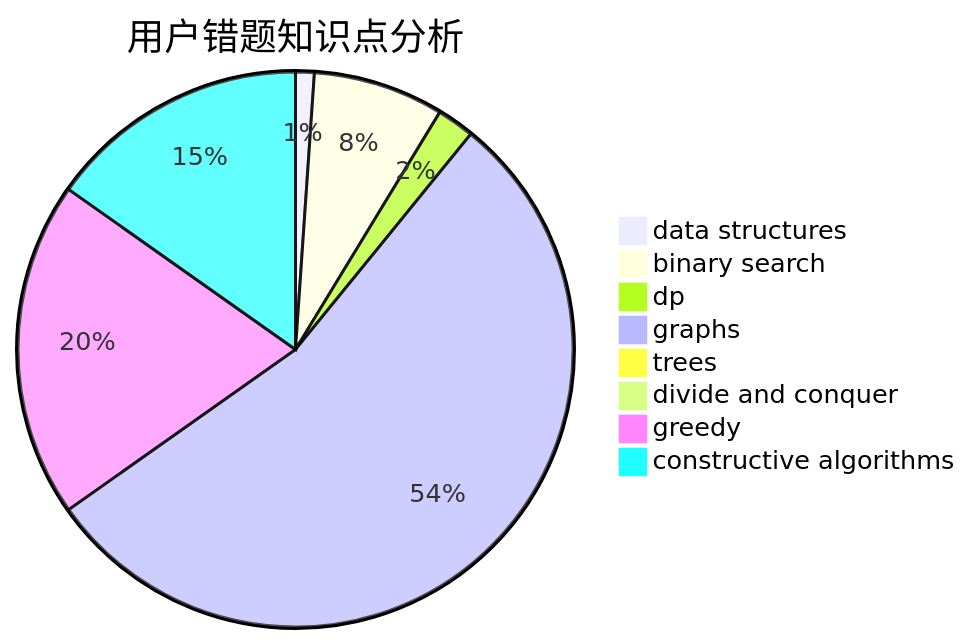
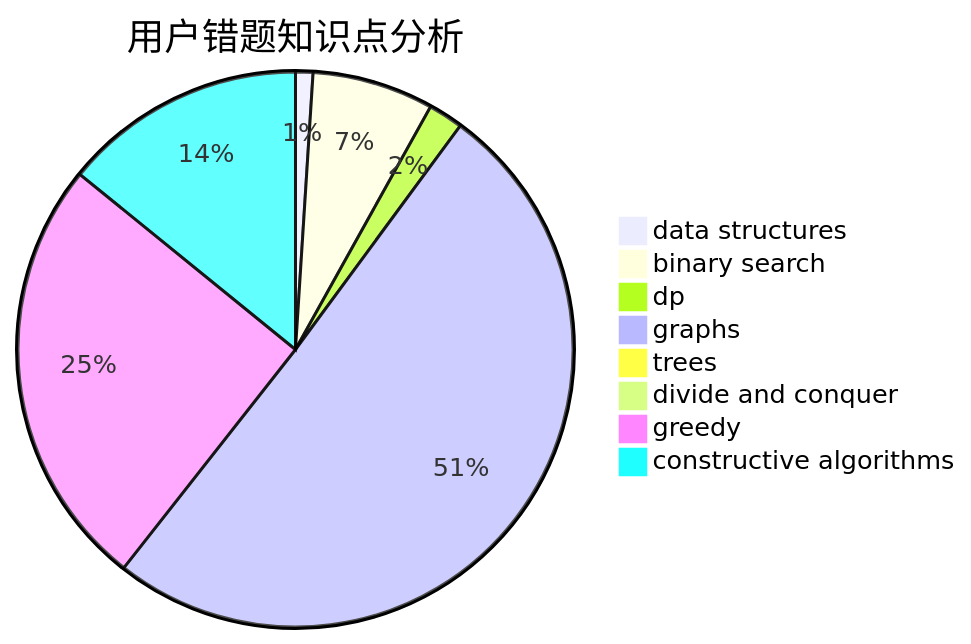
The third of 3 diagrams in docs/user/u186.md (sherpahu/cfrs.github.io), drawn with Mermaid before and after one commit. The commit also changed other lines of this file and 2770 other files, not shown here.

````diff
--- a/docs/user/u186.md
+++ b/docs/user/u186.md
@@ -36,11 +36,11 @@
 ```mermaid
 pie title 用户错题知识点分析
     "data structures" :  1
     "binary search" :  7
     "dp" :  2
     "graphs" :  50
     "trees" :  0
     "divide and conquer" :  0
-    "greedy" :  18
+    "greedy" :  25
     "constructive algorithms" :  14
 ```
````
